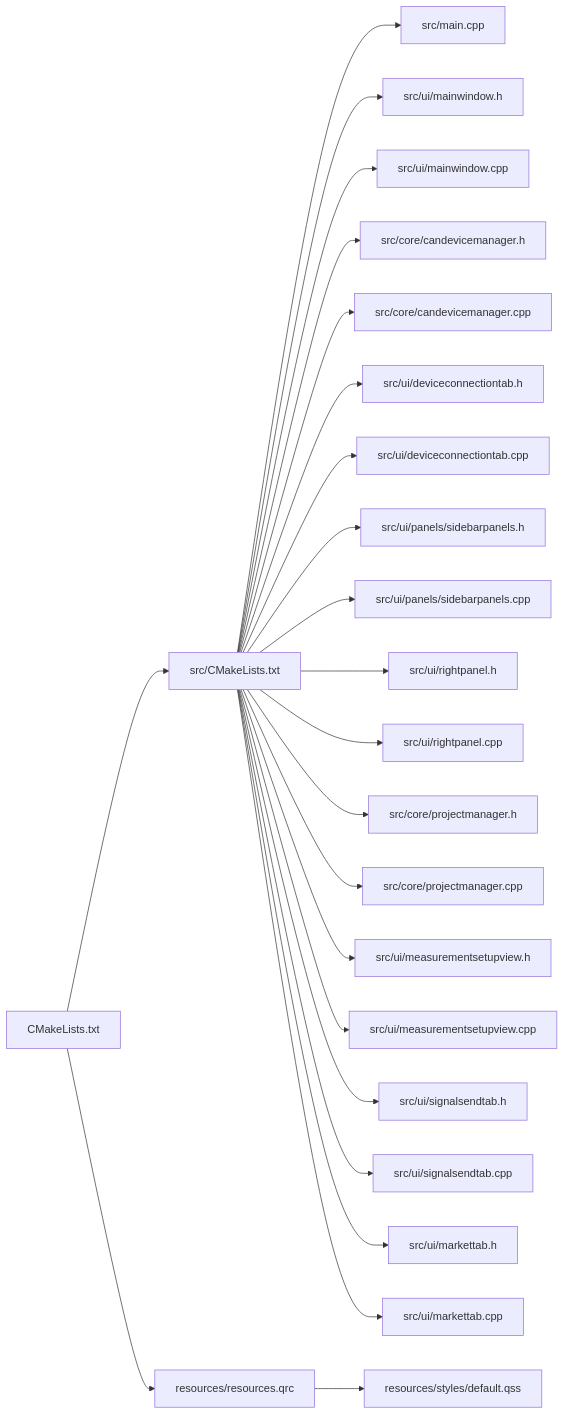
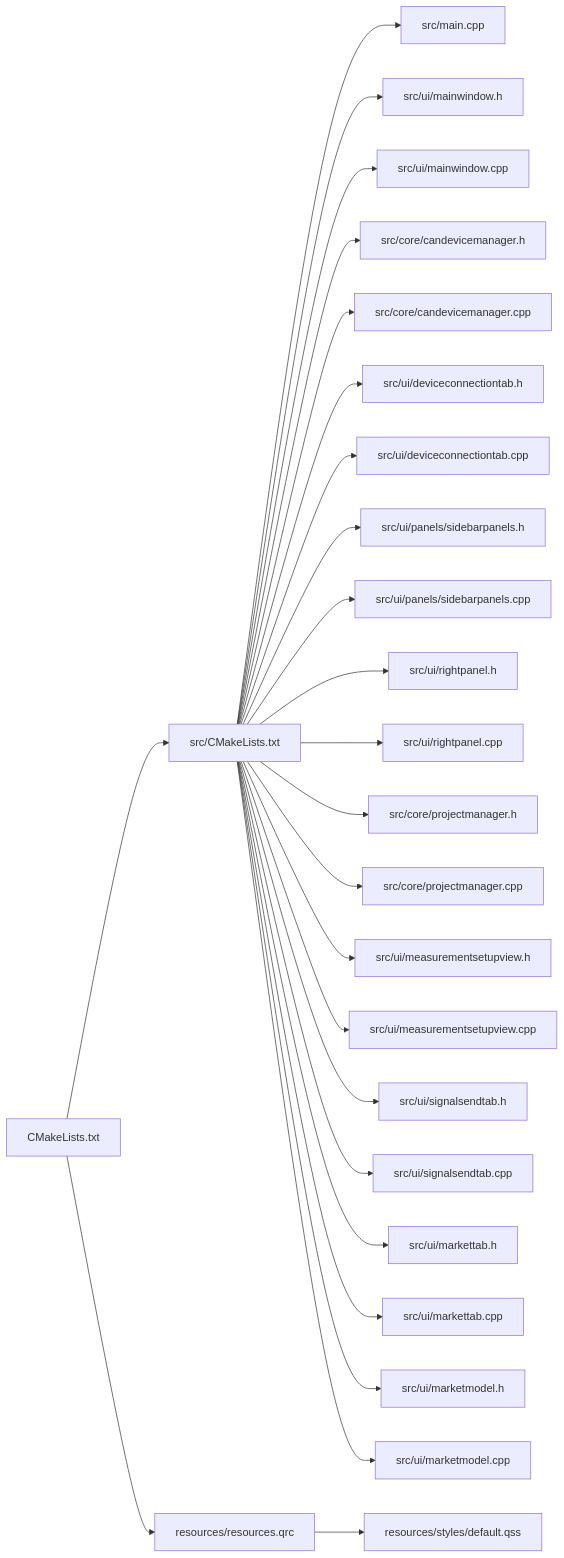
One commit to jakecai1225-design/OpenBus changed diagram 13 of 13 in .qoder/repowiki/zh/content/核心模块详解/主窗口组件.md. Above: the diagram before and after it, drawn with Mermaid. The commit also changed other lines of this file and 67 other files, not shown here.

````diff
--- a/.qoder/repowiki/zh/content/核心模块详解/主窗口组件.md
+++ b/.qoder/repowiki/zh/content/核心模块详解/主窗口组件.md
@@ -741,25 +783,27 @@
 ```mermaid
 graph LR
 CMake["CMakeLists.txt"] --> SrcCMake["src/CMakeLists.txt"]
 SrcCMake --> MainCPP["src/main.cpp"]
 SrcCMake --> MW_H["src/ui/mainwindow.h"]
 SrcCMake --> MW_CPP["src/ui/mainwindow.cpp"]
 SrcCMake --> CDM_H["src/core/candevicemanager.h"]
 SrcCMake --> CDM_CPP["src/core/candevicemanager.cpp"]
 SrcCMake --> DCT_H["src/ui/deviceconnectiontab.h"]
 SrcCMake --> DCT_CPP["src/ui/deviceconnectiontab.cpp"]
 SrcCMake --> SP_H["src/ui/panels/sidebarpanels.h"]
 SrcCMake --> SP_CPP["src/ui/panels/sidebarpanels.cpp"]
 SrcCMake --> RP_H["src/ui/rightpanel.h"]
 SrcCMake --> RP_CPP["src/ui/rightpanel.cpp"]
 SrcCMake --> PM_H["src/core/projectmanager.h"]
 SrcCMake --> PM_CPP["src/core/projectmanager.cpp"]
 SrcCMake --> MSV_H["src/ui/measurementsetupview.h"]
 SrcCMake --> MSV_CPP["src/ui/measurementsetupview.cpp"]
 SrcCMake --> SST_H["src/ui/signalsendtab.h"]
 SrcCMake --> SST_CPP["src/ui/signalsendtab.cpp"]
 SrcCMake --> MT_H["src/ui/markettab.h"]
 SrcCMake --> MT_CPP["src/ui/markettab.cpp"]
+SrcCMake --> MM_H["src/ui/marketmodel.h"]
+SrcCMake --> MM_CPP["src/ui/marketmodel.cpp"]
 CMake --> QRC["resources/resources.qrc"]
 QRC --> QSS["resources/styles/default.qss"]
 ```
````
